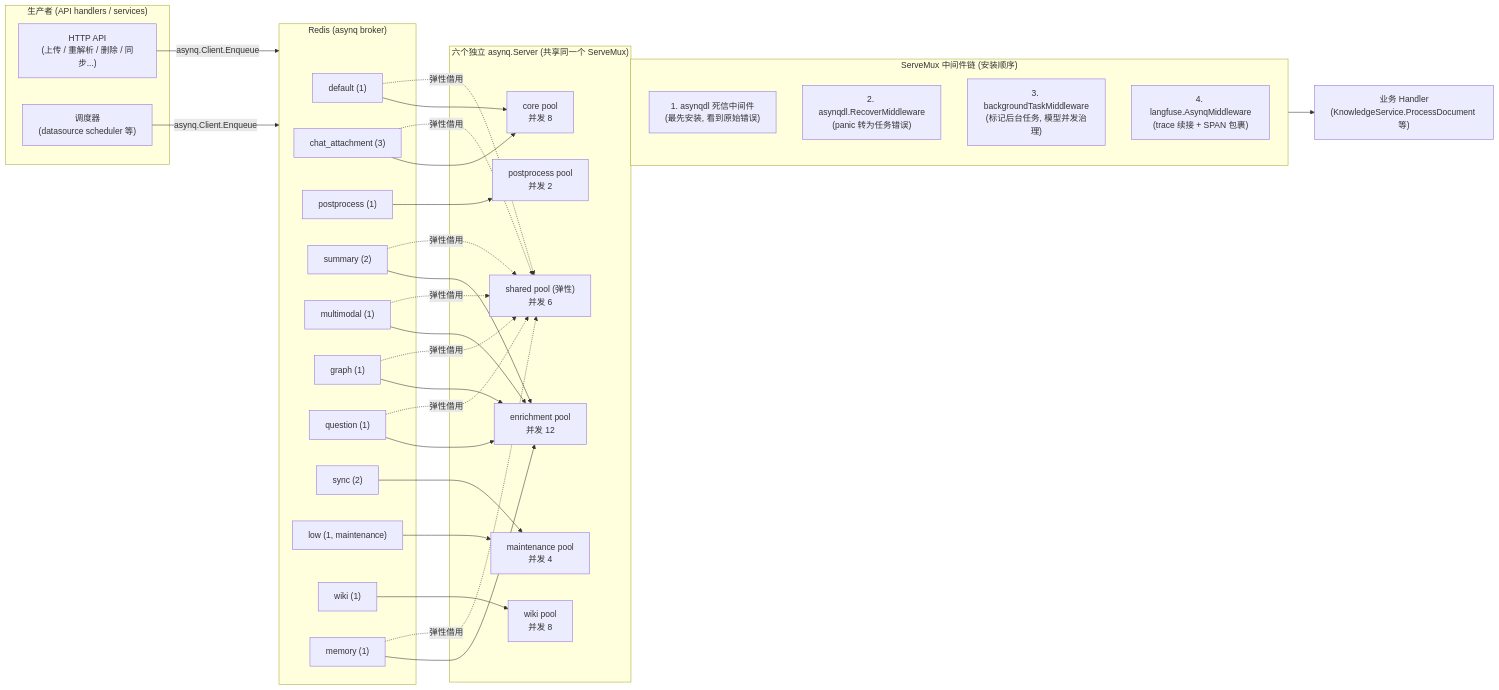
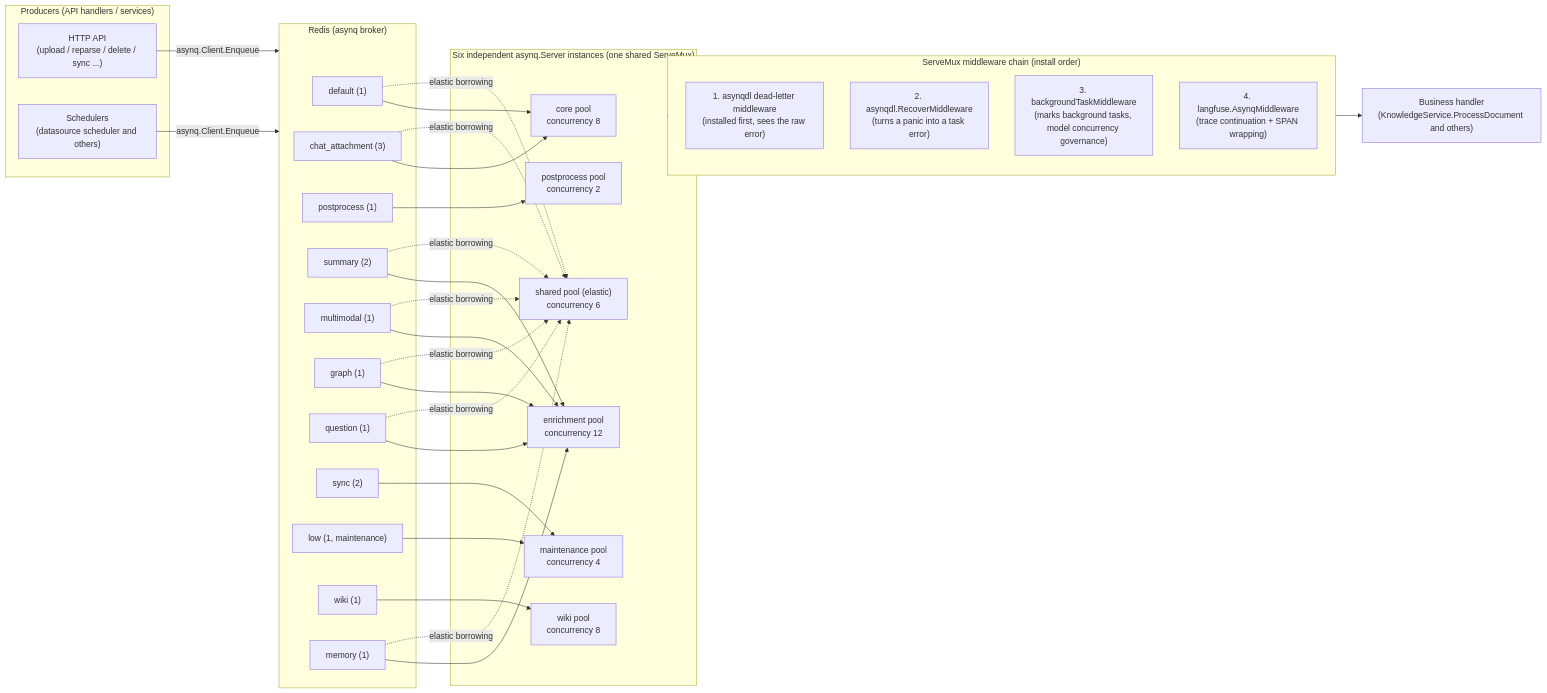
The first of 3 diagrams in website-docs/02-architecture/05-async-tasks.md (jrmatherly/ai-kb), drawn with Mermaid before and after one commit. The commit also changed other lines of this file and 7 other files, not shown here.

First line of the commit message:
docs(architecture): translate to English, rebrand to AI KB, verify against code

````diff
--- a/website-docs/02-architecture/05-async-tasks.md
+++ b/website-docs/02-architecture/05-async-tasks.md
@@ -118,59 +118,59 @@
 ```mermaid
 flowchart LR
-    subgraph Producers["生产者 (API handlers / services)"]
-        API["HTTP API<br/>(上传 / 重解析 / 删除 / 同步...)"]
-        CRON["调度器<br/>(datasource scheduler 等)"]
+    subgraph Producers["Producers (API handlers / services)"]
+        API["HTTP API<br/>(upload / reparse / delete / sync ...)"]
+        CRON["Schedulers<br/>(datasource scheduler and others)"]
     end
     API -->|"asynq.Client.Enqueue"| REDIS
     CRON -->|"asynq.Client.Enqueue"| REDIS
 
     subgraph REDIS["Redis (asynq broker)"]
         Q1["default (1)"]
         Q2["chat_attachment (3)"]
         Q3["postprocess (1)"]
         Q4["summary (2)"]
         Q5["multimodal (1)"]
         Q6["graph (1)"]
         Q7["question (1)"]
         Q8["sync (2)"]
         Q9["low (1, maintenance)"]
         Q10["wiki (1)"]
         Q11["memory (1)"]
     end
 
-    subgraph Workers["六个独立 asynq.Server (共享同一个 ServeMux)"]
-        CORE["core pool<br/>并发 8"]
-        PP["postprocess pool<br/>并发 2"]
-        EN["enrichment pool<br/>并发 12"]
-        MT["maintenance pool<br/>并发 4"]
-        SH["shared pool (弹性)<br/>并发 6"]
-        WK["wiki pool<br/>并发 8"]
+    subgraph Workers["Six independent asynq.Server instances (one shared ServeMux)"]
+        CORE["core pool<br/>concurrency 8"]
+        PP["postprocess pool<br/>concurrency 2"]
+        EN["enrichment pool<br/>concurrency 12"]
+        MT["maintenance pool<br/>concurrency 4"]
+        SH["shared pool (elastic)<br/>concurrency 6"]
+        WK["wiki pool<br/>concurrency 8"]
     end
 
     Q1 --> CORE
     Q2 --> CORE
     Q3 --> PP
     Q4 --> EN
     Q5 --> EN
     Q6 --> EN
     Q7 --> EN
     Q8 --> MT
     Q9 --> MT
     Q10 --> WK
     Q11 --> EN
-    Q11 -. "弹性借用" .-> SH
-    Q1 -. "弹性借用" .-> SH
-    Q2 -. "弹性借用" .-> SH
-    Q4 -. "弹性借用" .-> SH
-    Q5 -. "弹性借用" .-> SH
-    Q6 -. "弹性借用" .-> SH
-    Q7 -. "弹性借用" .-> SH
+    Q11 -. "elastic borrowing" .-> SH
+    Q1 -. "elastic borrowing" .-> SH
+    Q2 -. "elastic borrowing" .-> SH
+    Q4 -. "elastic borrowing" .-> SH
+    Q5 -. "elastic borrowing" .-> SH
+    Q6 -. "elastic borrowing" .-> SH
+    Q7 -. "elastic borrowing" .-> SH
 
-    subgraph MW["ServeMux 中间件链 (安装顺序)"]
-        M1["1. asynqdl 死信中间件<br/>(最先安装, 看到原始错误)"]
-        M1b["2. asynqdl.RecoverMiddleware<br/>(panic 转为任务错误)"]
-        M2["3. backgroundTaskMiddleware<br/>(标记后台任务, 模型并发治理)"]
-        M3["4. langfuse.AsynqMiddleware<br/>(trace 续接 + SPAN 包裹)"]
+    subgraph MW["ServeMux middleware chain (install order)"]
+        M1["1. asynqdl dead-letter middleware<br/>(installed first, sees the raw error)"]
+        M1b["2. asynqdl.RecoverMiddleware<br/>(turns a panic into a task error)"]
+        M2["3. backgroundTaskMiddleware<br/>(marks background tasks, model concurrency governance)"]
+        M3["4. langfuse.AsynqMiddleware<br/>(trace continuation + SPAN wrapping)"]
     end
-    Workers --> MW --> H["业务 Handler<br/>(KnowledgeService.ProcessDocument 等)"]
+    Workers --> MW --> H["Business handler<br/>(KnowledgeService.ProcessDocument and others)"]
 ```
````
